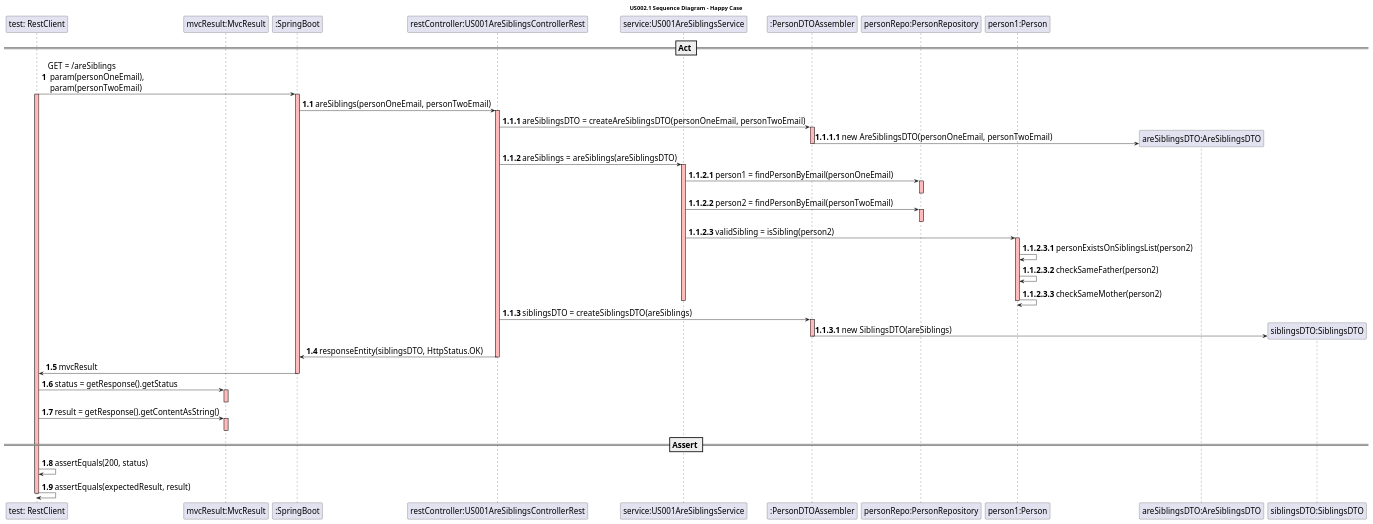
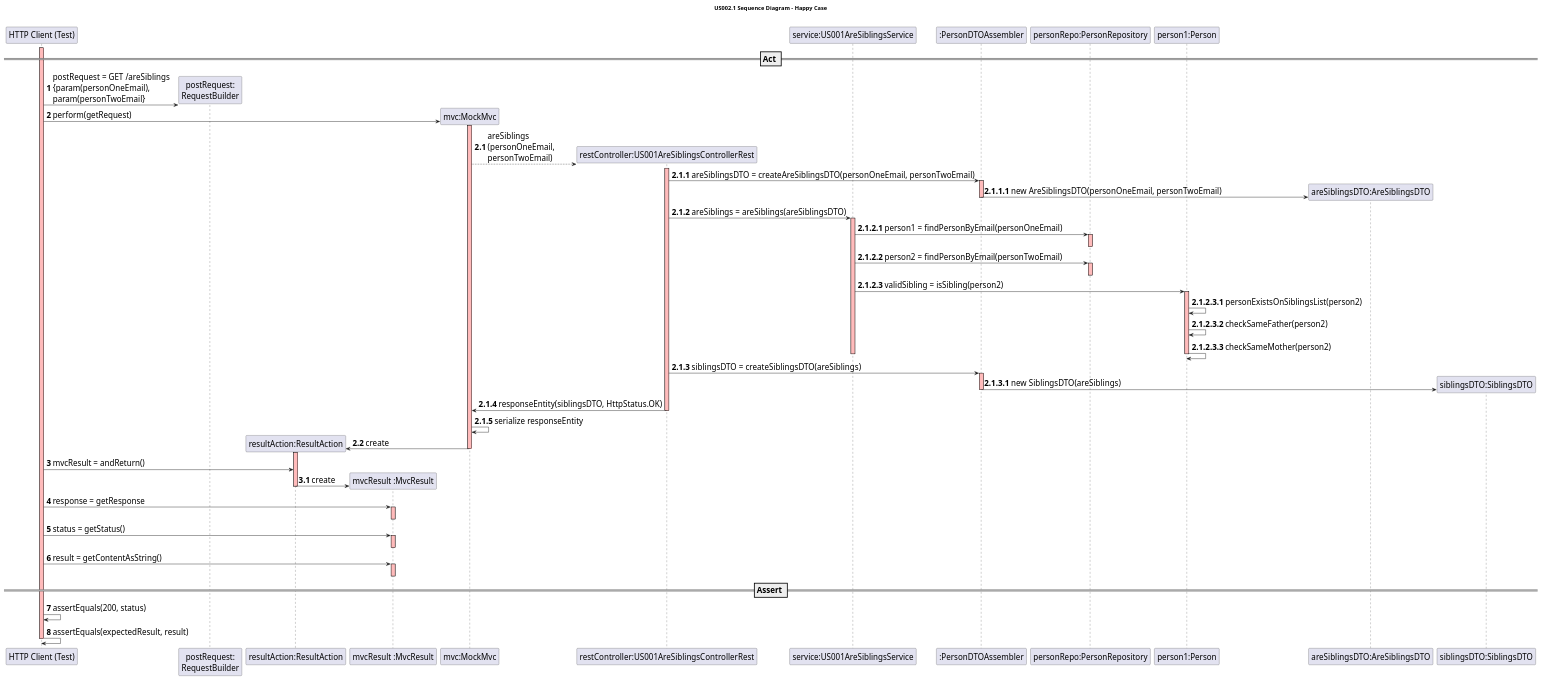
The diagram in src/main/java/switch2019/project/controllerLayer/controllersRest/US001AreSiblingsControllerRestSD.puml (mleitaoribeiro/DevOpsMaven), drawn with PlantUML before and after one commit. The commit also changed 1 other file, not shown here.

```diff
--- a/src/main/java/switch2019/project/controllerLayer/controllersRest/US001AreSiblingsControllerRestSD.puml
+++ b/src/main/java/switch2019/project/controllerLayer/controllersRest/US001AreSiblingsControllerRestSD.puml
@@ -1,89 +1,115 @@
 @startuml
 
 skinparam DefaultFontSize 20
 
 title US002.1 Sequence Diagram - Happy Case
 
-participant "test: RestClient"
-participant "mvcResult:MvcResult"
-participant ":SpringBoot"
+participant "HTTP Client (Test)"
+participant "postRequest:\nRequestBuilder"
+participant "resultAction:ResultAction"
+participant "mvcResult :MvcResult"
+participant "mvc:MockMvc"
 participant "restController:US001AreSiblingsControllerRest"
 participant "service:US001AreSiblingsService"
 participant ":PersonDTOAssembler"
 participant "personRepo:PersonRepository"
 participant "person1:Person"
 
+autonumber
+activate "HTTP Client (Test)" #FFBBBB
+
 == Act ==
 
-autonumber
-"test: RestClient" -> ":SpringBoot": GET = /areSiblings\n param(personOneEmail),\n param(personTwoEmail)
-activate "test: RestClient" #FFBBBB
+create "postRequest:\nRequestBuilder"
+"HTTP Client (Test)" -> "postRequest:\nRequestBuilder" : postRequest = GET /areSiblings \n{param(personOneEmail), \nparam(personTwoEmail}
+create "mvc:MockMvc"
+"HTTP Client (Test)" -> "mvc:MockMvc" : perform(getRequest)
+activate "mvc:MockMvc"  #FFBBBB
 
-autonumber 1.1
-activate ":SpringBoot" #FFBBBB
-":SpringBoot" -> "restController:US001AreSiblingsControllerRest" : areSiblings(personOneEmail, personTwoEmail)
+autonumber 2.1
+create "restController:US001AreSiblingsControllerRest"
+"mvc:MockMvc"-->"restController:US001AreSiblingsControllerRest" :areSiblings\n(personOneEmail, \npersonTwoEmail)
 
-autonumber 1.1.1
+autonumber 2.1.1
 activate "restController:US001AreSiblingsControllerRest" #FFBBBB
 "restController:US001AreSiblingsControllerRest" -> ":PersonDTOAssembler": areSiblingsDTO = createAreSiblingsDTO(personOneEmail, personTwoEmail)
 
-autonumber 1.1.1.1
+autonumber 2.1.1.1
 create "areSiblingsDTO:AreSiblingsDTO"
 activate ":PersonDTOAssembler" #FFBBBB
 ":PersonDTOAssembler" -> "areSiblingsDTO:AreSiblingsDTO":  new AreSiblingsDTO(personOneEmail, personTwoEmail)
 deactivate ":PersonDTOAssembler"
 
-autonumber 1.1.2
+autonumber 2.1.2
 "restController:US001AreSiblingsControllerRest" -> "service:US001AreSiblingsService": areSiblings = areSiblings(areSiblingsDTO)
 activate "service:US001AreSiblingsService" #FFBBBB
 
-autonumber 1.1.2.1
+autonumber 2.1.2.1
 "service:US001AreSiblingsService" -> "personRepo:PersonRepository" : person1 = findPersonByEmail(personOneEmail)
 activate "personRepo:PersonRepository" #FFBBBB
 deactivate "personRepo:PersonRepository"
 
 "service:US001AreSiblingsService" -> "personRepo:PersonRepository" : person2 = findPersonByEmail(personTwoEmail)
 activate "personRepo:PersonRepository" #FFBBBB
 deactivate "personRepo:PersonRepository"
 
 "service:US001AreSiblingsService" -> "person1:Person" : validSibling = isSibling(person2)
 activate "person1:Person" #FFBBBB
 
-autonumber 1.1.2.3.1
+autonumber 2.1.2.3.1
 "person1:Person" -> "person1:Person" :  personExistsOnSiblingsList(person2)
 "person1:Person" -> "person1:Person" :  checkSameFather(person2)
 "person1:Person" -> "person1:Person" :  checkSameMother(person2)
 
 deactivate "person1:Person"
 deactivate "service:US001AreSiblingsService"
 
-autonumber 1.1.3
+autonumber 2.1.3
 "restController:US001AreSiblingsControllerRest" -> ":PersonDTOAssembler": siblingsDTO = createSiblingsDTO(areSiblings)
 activate ":PersonDTOAssembler" #FFBBBB
 create "siblingsDTO:SiblingsDTO"
 
-autonumber 1.1.3.1
+autonumber 2.1.3.1
 ":PersonDTOAssembler" -> "siblingsDTO:SiblingsDTO": new SiblingsDTO(areSiblings)
 deactivate ":PersonDTOAssembler"
 
-autonumber 1.4
-"restController:US001AreSiblingsControllerRest" -> ":SpringBoot": responseEntity(siblingsDTO, HttpStatus.OK)
+autonumber 2.1.4
+"restController:US001AreSiblingsControllerRest" -> "mvc:MockMvc": responseEntity(siblingsDTO, HttpStatus.OK)
 deactivate "restController:US001AreSiblingsControllerRest"
 
-":SpringBoot" -> "test: RestClient" : mvcResult
-deactivate ":SpringBoot"
+"mvc:MockMvc" -> "mvc:MockMvc": serialize responseEntity
 
-"test: RestClient" -> "mvcResult:MvcResult" : status = getResponse().getStatus
-activate "mvcResult:MvcResult" #FFBBBB
-deactivate "mvcResult:MvcResult"
+autonumber 2.2
+create "resultAction:ResultAction"
+"mvc:MockMvc" -> "resultAction:ResultAction" : create
+activate "resultAction:ResultAction" #FFBBBB
+deactivate "mvc:MockMvc"
 
-"test: RestClient" -> "mvcResult:MvcResult" : result = getResponse().getContentAsString()
-activate "mvcResult:MvcResult" #FFBBBB
-deactivate "mvcResult:MvcResult"
+autonumber 3
+
+"HTTP Client (Test)" -> "resultAction:ResultAction" : mvcResult = andReturn()
+
+create "mvcResult :MvcResult"
+autonumber 3.1
+"resultAction:ResultAction" -> "mvcResult :MvcResult" : create
+deactivate "resultAction:ResultAction"
+
+autonumber 4
+"HTTP Client (Test)" -> "mvcResult :MvcResult" : response = getResponse
+activate "mvcResult :MvcResult" #FFBBBB
+deactivate "mvcResult :MvcResult"
+
+"HTTP Client (Test)" -> "mvcResult :MvcResult" : status = getStatus()
+activate "mvcResult :MvcResult" #FFBBBB
+deactivate "mvcResult :MvcResult"
+
+"HTTP Client (Test)" -> "mvcResult :MvcResult" : result = getContentAsString()
+activate "mvcResult :MvcResult" #FFBBBB
+deactivate "mvcResult :MvcResult"
 
 == Assert ==
-"test: RestClient" -> "test: RestClient" : assertEquals(200, status)
-"test: RestClient" -> "test: RestClient" : assertEquals(expectedResult, result)
-deactivate "test: RestClient"
+"HTTP Client (Test)" -> "HTTP Client (Test)" : assertEquals(200, status)
+"HTTP Client (Test)" -> "HTTP Client (Test)" : assertEquals(expectedResult, result)
+deactivate "HTTP Client (Test)"
 
 @enduml
```
